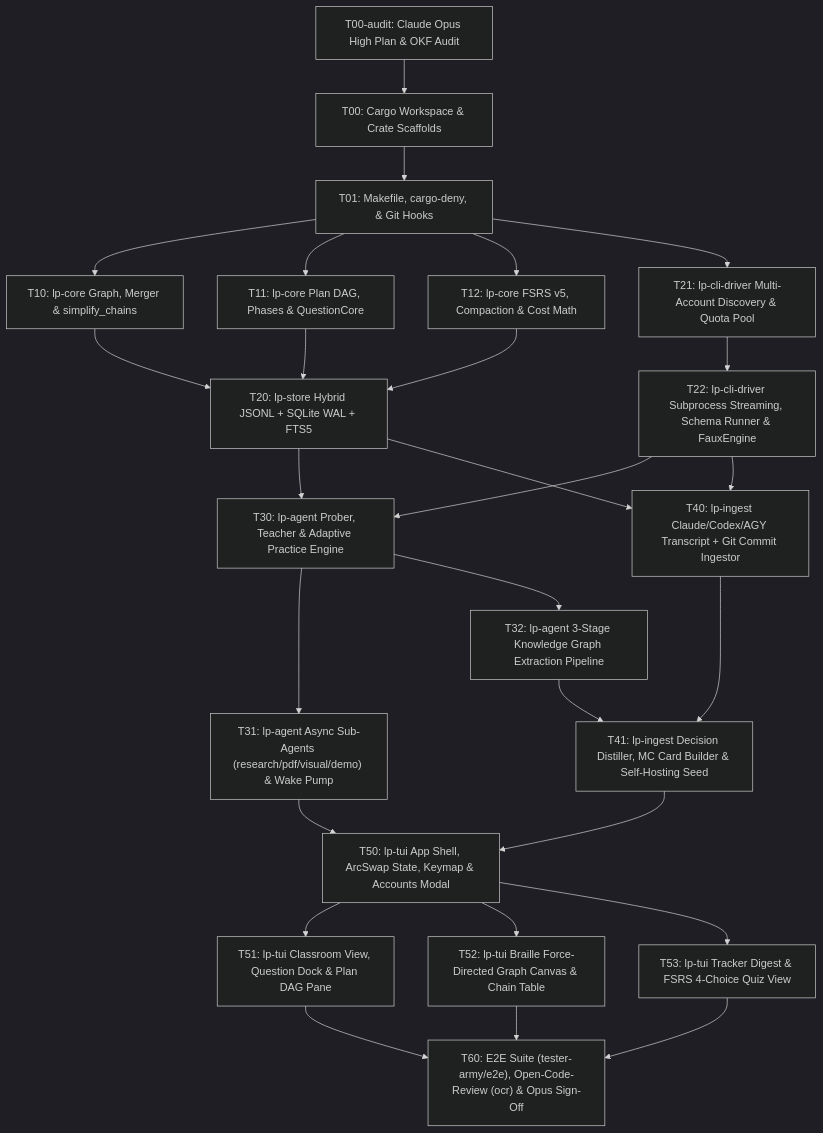
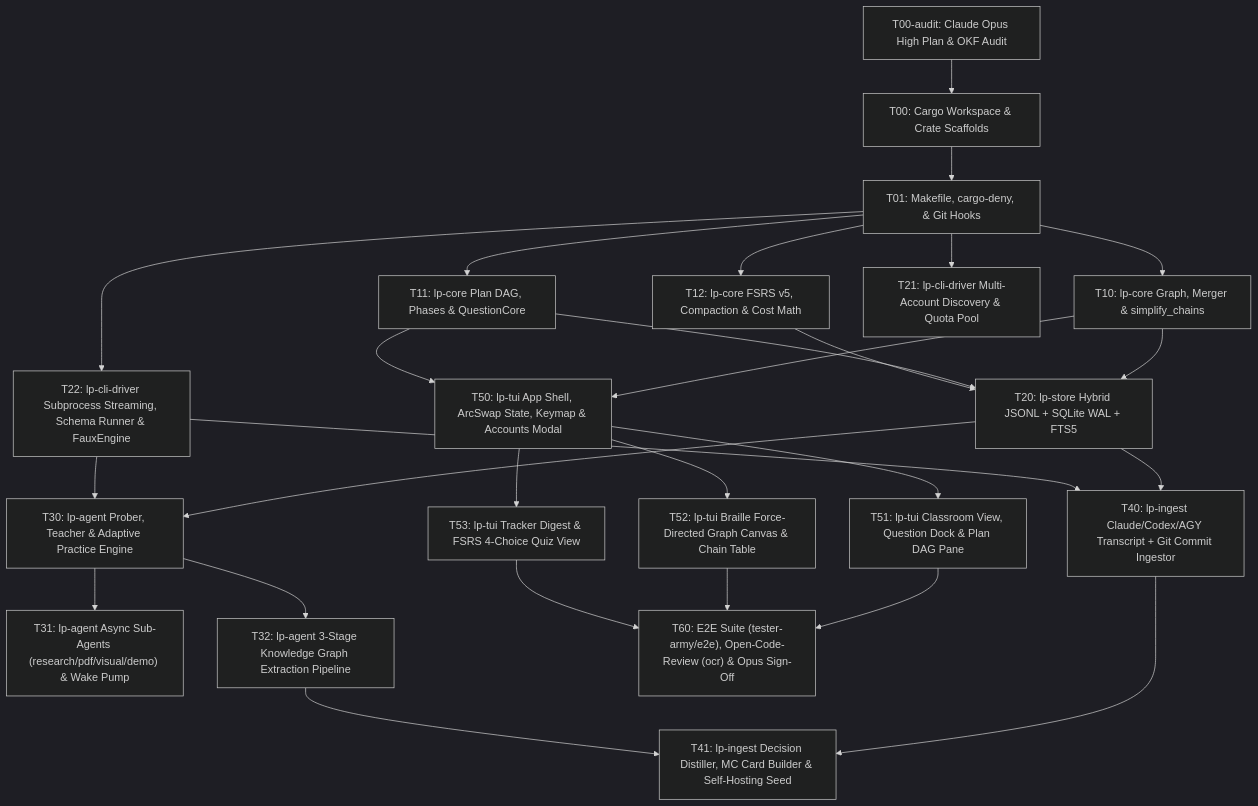
The second of 2 diagrams in docs/PLAN.md (PrathamBhavsar/learnpuppy), drawn with Mermaid (dark theme) before and after one commit.

Commit message:
docs: T22 and T50 start early (depend on scaffold / lp-core only)

````diff
--- a/docs/PLAN.md
+++ b/docs/PLAN.md
@@ -285,29 +285,29 @@
 ```mermaid
 flowchart TD
     T00A["T00-audit: Claude Opus High Plan & OKF Audit"] --> T00["T00: Cargo Workspace & Crate Scaffolds"]
     T00 --> T01["T01: Makefile, cargo-deny, & Git Hooks"]
     T01 --> T10["T10: lp-core Graph, Merger & simplify_chains"]
     T01 --> T11["T11: lp-core Plan DAG, Phases & QuestionCore"]
     T01 --> T12["T12: lp-core FSRS v5, Compaction & Cost Math"]
     T10 --> T20["T20: lp-store Hybrid JSONL + SQLite WAL + FTS5"]
     T11 --> T20
     T12 --> T20
     T01 --> T21["T21: lp-cli-driver Multi-Account Discovery & Quota Pool"]
-    T21 --> T22["T22: lp-cli-driver Subprocess Streaming, Schema Runner & FauxEngine"]
+    T01 --> T22["T22: lp-cli-driver Subprocess Streaming, Schema Runner & FauxEngine"]
     T20 --> T30["T30: lp-agent Prober, Teacher & Adaptive Practice Engine"]
     T22 --> T30
     T30 --> T31["T31: lp-agent Async Sub-Agents (research/pdf/visual/demo) & Wake Pump"]
     T30 --> T32["T32: lp-agent 3-Stage Knowledge Graph Extraction Pipeline"]
     T20 --> T40["T40: lp-ingest Claude/Codex/AGY Transcript + Git Commit Ingestor"]
     T22 --> T40
     T40 --> T41["T41: lp-ingest Decision Distiller, MC Card Builder & Self-Hosting Seed"]
     T32 --> T41
-    T31 --> T50["T50: lp-tui App Shell, ArcSwap State, Keymap & Accounts Modal"]
-    T41 --> T50
+    T10 --> T50["T50: lp-tui App Shell, ArcSwap State, Keymap & Accounts Modal"]
+    T11 --> T50
     T50 --> T51["T51: lp-tui Classroom View, Question Dock & Plan DAG Pane"]
     T50 --> T52["T52: lp-tui Braille Force-Directed Graph Canvas & Chain Table"]
     T50 --> T53["T53: lp-tui Tracker Digest & FSRS 4-Choice Quiz View"]
     T51 --> T60["T60: E2E Suite (tester-army/e2e), Open-Code-Review (ocr) & Opus Sign-Off"]
     T52 --> T60
     T53 --> T60
 ```
````
